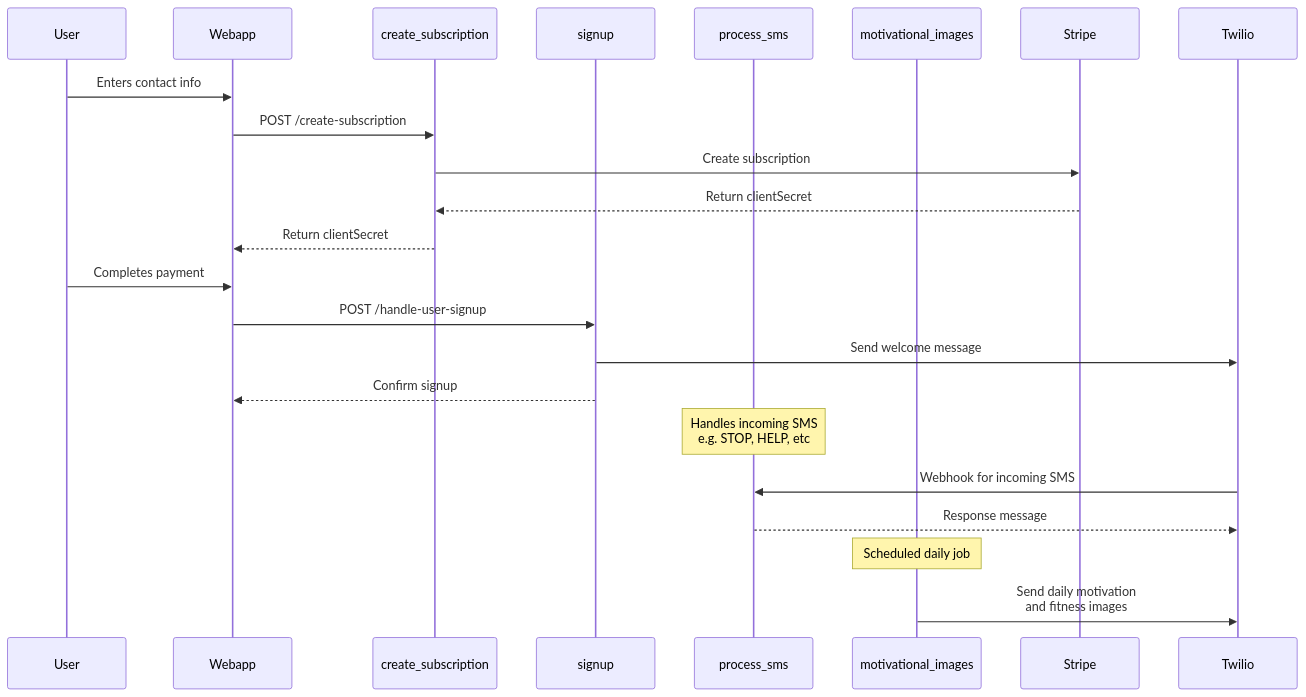
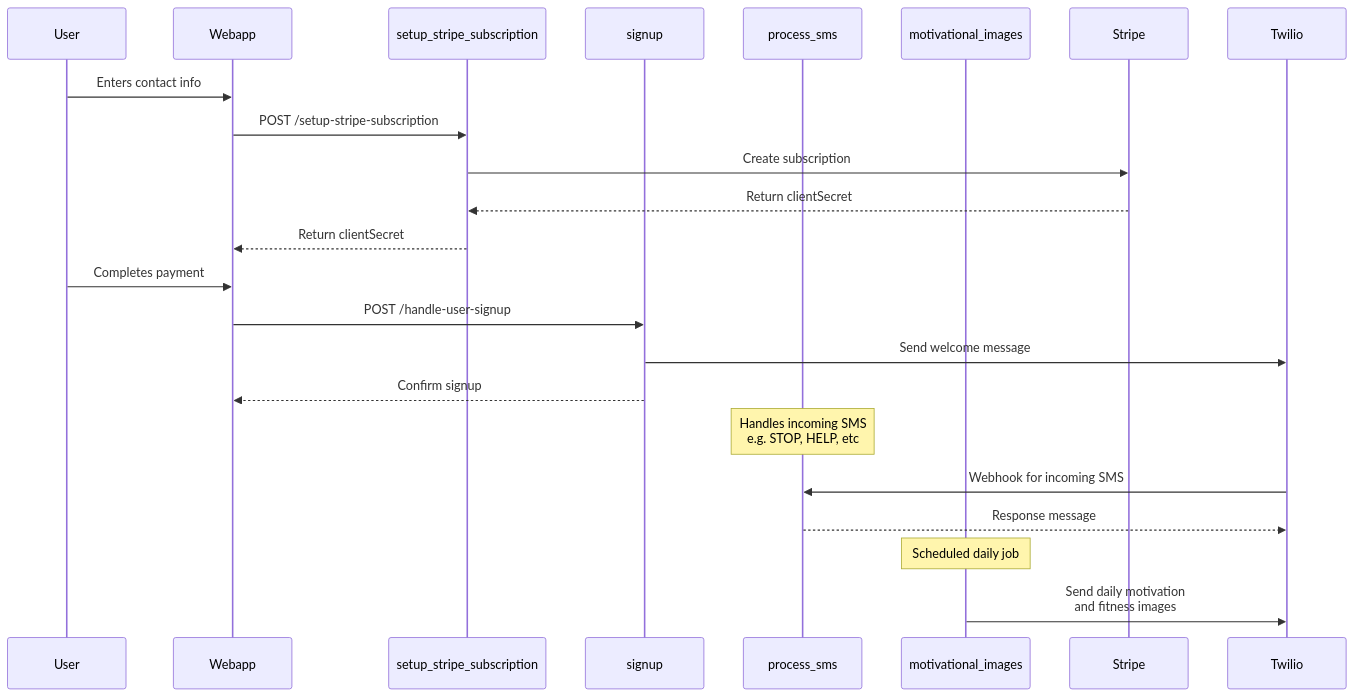
The diagram in README.md (Harrolee/cabo), drawn with Mermaid before and after one commit. The commit also changed 8 other files, not shown here.

````diff
--- a/README.md
+++ b/README.md
@@ -11,29 +11,29 @@
 ```mermaid
 sequenceDiagram
     participant User
     participant Webapp
-    participant create_subscription
+    participant setup_stripe_subscription
     participant signup
     participant process_sms
     participant motivational_images
     participant Stripe
     participant Twilio
 
     User->>Webapp: Enters contact info
-    Webapp->>create_subscription: POST /create-subscription
-    create_subscription->>Stripe: Create subscription
-    Stripe-->>create_subscription: Return clientSecret
-    create_subscription-->>Webapp: Return clientSecret
+    Webapp->>setup_stripe_subscription: POST /setup-stripe-subscription
+    setup_stripe_subscription->>Stripe: Create subscription
+    Stripe-->>setup_stripe_subscription: Return clientSecret
+    setup_stripe_subscription-->>Webapp: Return clientSecret
 
     User->>Webapp: Completes payment
     Webapp->>signup: POST /handle-user-signup
     signup->>Twilio: Send welcome message
     signup-->>Webapp: Confirm signup
 
     Note over process_sms: Handles incoming SMS<br/>e.g. STOP, HELP, etc
     Twilio->>process_sms: Webhook for incoming SMS
     process_sms-->>Twilio: Response message
 
     Note over motivational_images: Scheduled daily job
     motivational_images->>Twilio: Send daily motivation<br/>and fitness images
 ```
````
